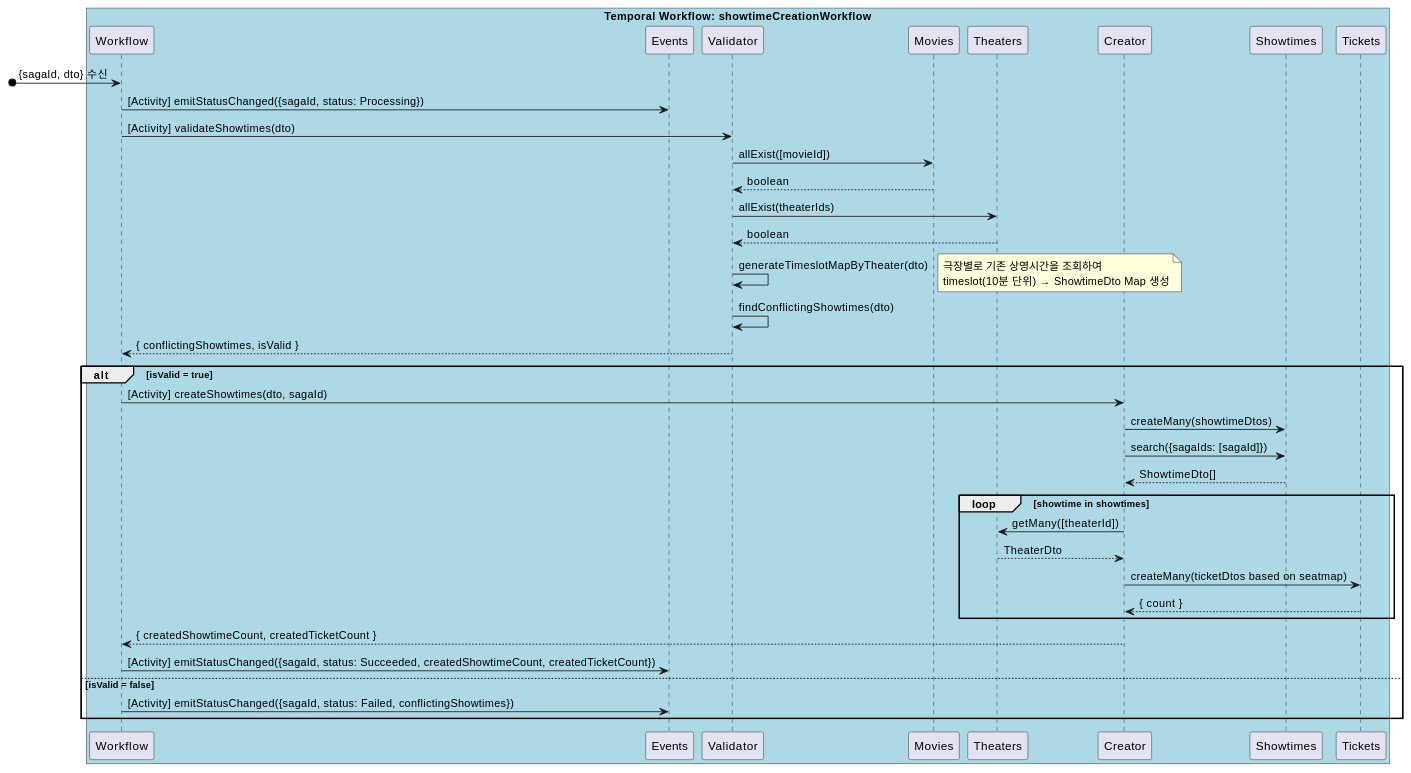
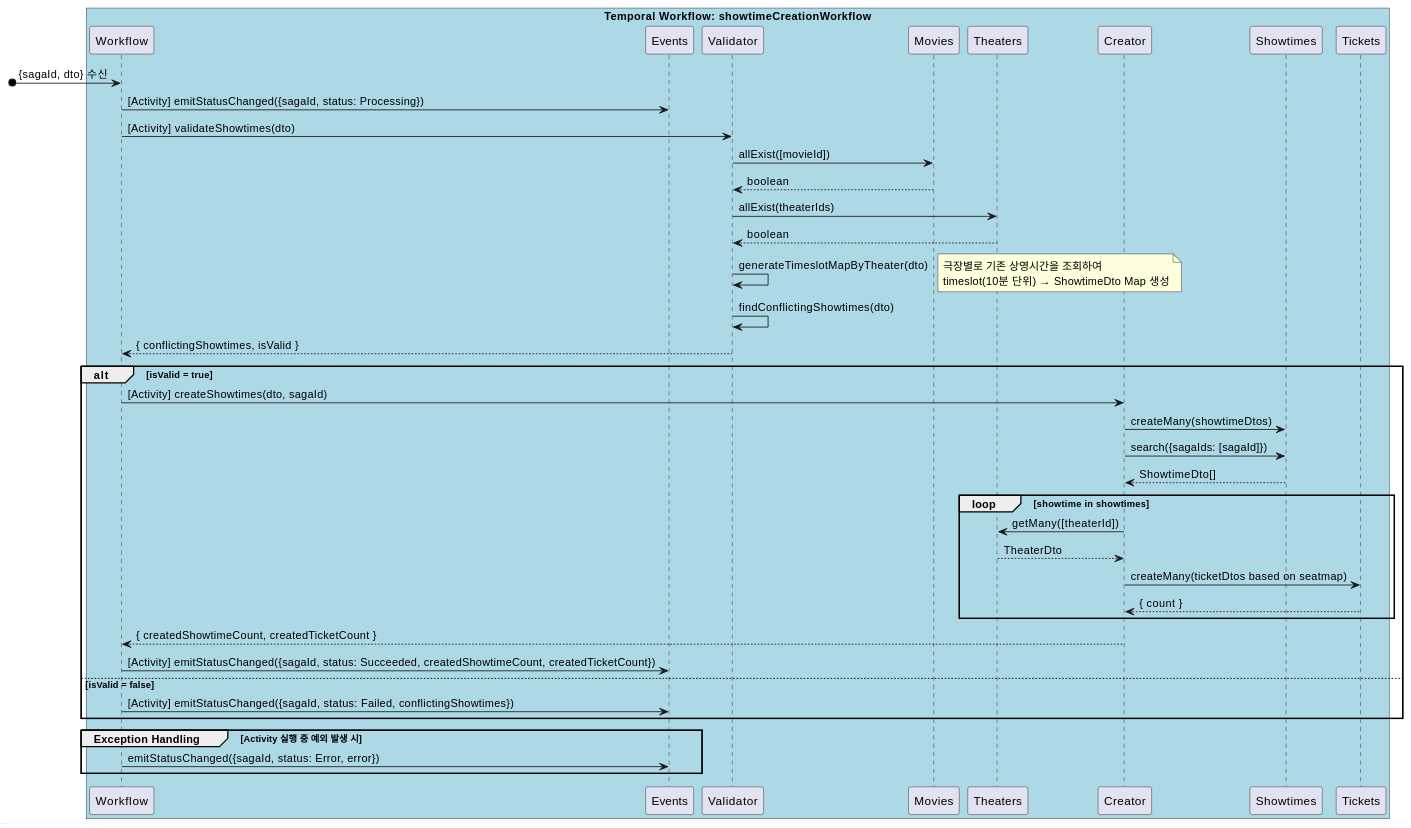
Before and after one commit to mannercode/nest-seed: the third of 3 diagrams in docs/designs/showtime-creation.md, drawn with PlantUML. The commit also changed 4 other files, not shown here.

````diff
--- a/docs/designs/showtime-creation.md
+++ b/docs/designs/showtime-creation.md
@@ -104,38 +104,42 @@
 ```plantuml
 @startuml
 box "Temporal Workflow: showtimeCreationWorkflow" #LightBlue
     [o-> Workflow: {sagaId, dto} 수신
         Workflow -> Events: [Activity] emitStatusChanged({sagaId, status: Processing})
 
         Workflow -> Validator: [Activity] validateShowtimes(dto)
             Validator -> Movies: allExist([movieId])
             Validator <-- Movies: boolean
             Validator -> Theaters: allExist(theaterIds)
             Validator <-- Theaters: boolean
             Validator -> Validator: generateTimeslotMapByTheater(dto)
                 note right
                 극장별로 기존 상영시간을 조회하여
                 timeslot(10분 단위) → ShowtimeDto Map 생성
                 end note
             Validator -> Validator: findConflictingShowtimes(dto)
         Workflow <-- Validator: { conflictingShowtimes, isValid }
 
     alt isValid = true
         Workflow -> Creator: [Activity] createShowtimes(dto, sagaId)
             Creator -> Showtimes: createMany(showtimeDtos)
             Creator -> Showtimes: search({sagaIds: [sagaId]})
             Creator <-- Showtimes: ShowtimeDto[]
             loop showtime in showtimes
                 Creator -> Theaters: getMany([theaterId])
                 Creator <-- Theaters: TheaterDto
                 Creator -> Tickets: createMany(ticketDtos based on seatmap)
                 Creator <-- Tickets: { count }
             end
         Workflow <-- Creator: { createdShowtimeCount, createdTicketCount }
         Workflow -> Events: [Activity] emitStatusChanged({sagaId, status: Succeeded, createdShowtimeCount, createdTicketCount})
     else isValid = false
         Workflow -> Events: [Activity] emitStatusChanged({sagaId, status: Failed, conflictingShowtimes})
     end
+
+    group Exception Handling [Activity 실행 중 예외 발생 시]
+        Workflow -> Events: emitStatusChanged({sagaId, status: Error, error})
+    end
 end box
 @enduml
 ```
````
